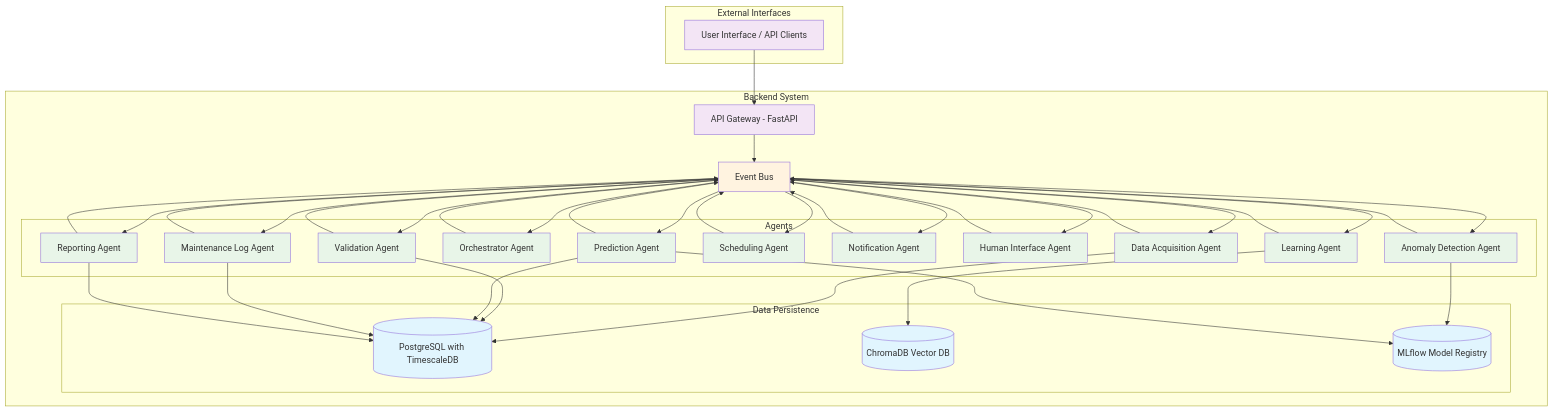
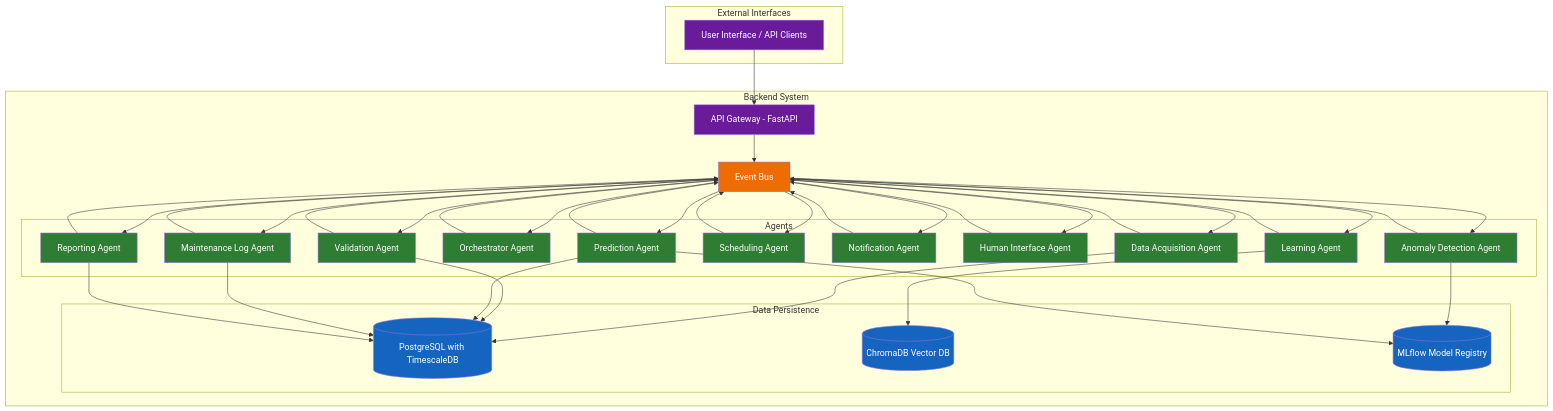
Diagram 16 of 16 in smart-maintenance-saas/docs/SYSTEM_AND_ARCHITECTURE.md (YanCotta/enterprise_challenge_sprint_1_hermes_reply), drawn with Mermaid before and after one commit. The commit also changed other lines of this file, not shown here.

Commit message:
feat: update class definitions in architecture diagrams for improved clarity and consistency

````diff
--- a/smart-maintenance-saas/docs/SYSTEM_AND_ARCHITECTURE.md
+++ b/smart-maintenance-saas/docs/SYSTEM_AND_ARCHITECTURE.md
@@ -1219,77 +1291,77 @@
 ```mermaid
 graph TD
     subgraph "External Interfaces"
         UI[User Interface / API Clients]
     end
 
     subgraph "Backend System"
         API[API Gateway - FastAPI]
         EventBus[Event Bus]
 
         subgraph "Agents"
             DAA[Data Acquisition Agent]
             ADA[Anomaly Detection Agent]
             VA[Validation Agent]
             Orch[Orchestrator Agent]
             PA[Prediction Agent]
             SA[Scheduling Agent]
             NA[Notification Agent]
             HIA[Human Interface Agent]
             RA[Reporting Agent]
             LA[Learning Agent]
             MLA[Maintenance Log Agent]
         end
 
         subgraph "Data Persistence"
             DB[(PostgreSQL with TimescaleDB)]
             VDB[(ChromaDB Vector DB)]
             MLF[(MLflow Model Registry)]
         end
     end
 
     UI --> API
     API --> EventBus
 
     EventBus --> DAA
     EventBus --> ADA
     EventBus --> VA
     EventBus --> Orch
     EventBus --> PA
     EventBus --> SA
     EventBus --> NA
     EventBus --> HIA
     EventBus --> RA
     EventBus --> LA
     EventBus --> MLA
 
     DAA --> EventBus
     ADA --> EventBus
     VA --> EventBus
     Orch --> EventBus
     PA --> EventBus
     SA --> EventBus
     NA --> EventBus
     HIA --> EventBus
     RA --> EventBus
     LA --> EventBus
     MLA --> EventBus
 
     DAA --> DB
     VA --> DB
     PA --> DB
     MLA --> DB
     RA --> DB
     LA --> VDB
     ADA --> MLF
     PA --> MLF
 
-    classDef api fill:#f3e5f5
-    classDef agent fill:#e8f5e8
-    classDef eventbus fill:#fff3e0
-    classDef database fill:#e1f5fe
+    classDef api fill:#6A1B9A,color:#ffffff
+    classDef agent fill:#2E7D32,color:#ffffff
+    classDef eventbus fill:#EF6C00,color:#ffffff
+    classDef database fill:#1565C0,color:#ffffff
 
     class UI,API api
     class DAA,ADA,VA,Orch,PA,SA,NA,HIA,RA,LA,MLA agent
     class EventBus eventbus
     class DB,VDB,MLF database
 ```
````
